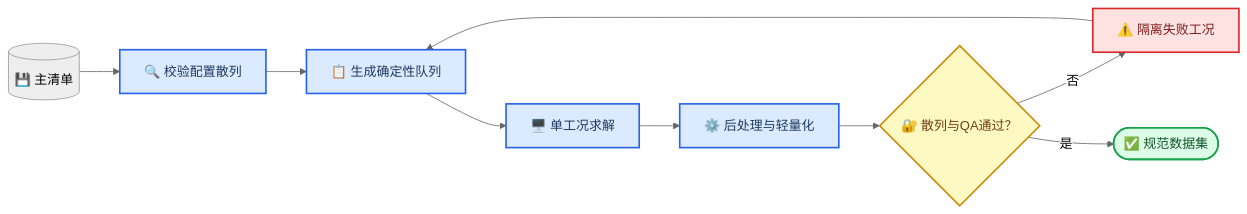
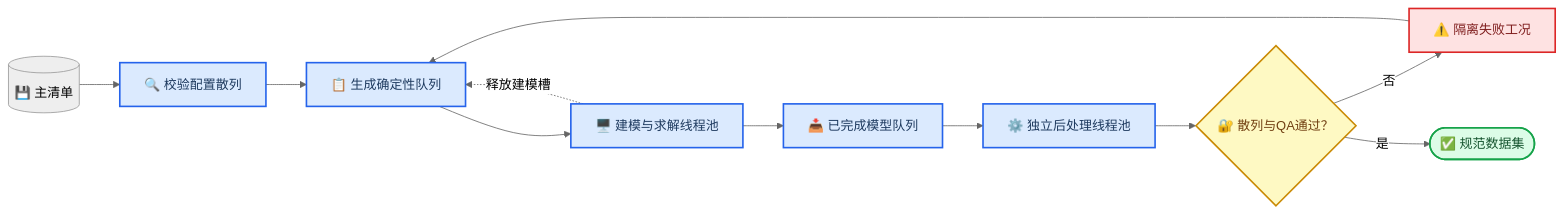
The third of 3 diagrams in docs/计划文档/第四章参数分析与第六章机器学习工况指导计划.md (joyjoyfresh/AbqScripts), drawn with Mermaid (neutral theme) before and after one commit. The commit also changed other lines of this file and 8 other files, not shown here.

````diff
--- a/docs/计划文档/第四章参数分析与第六章机器学习工况指导计划.md
+++ b/docs/计划文档/第四章参数分析与第六章机器学习工况指导计划.md
@@ -756,24 +757,26 @@
 ```mermaid
 flowchart LR
     accTitle: Single Machine Simulation Workflow
     accDescr: One immutable manifest feeds a deterministic single-machine queue; each case is processed and admitted to the canonical dataset only after hash and quality checks.
 
     master_manifest[(💾 主清单)] --> validate_manifest[🔍 校验配置散列]
     validate_manifest --> run_queue[📋 生成确定性队列]
-    run_queue --> solve_case[🖥️ 单工况求解]
-    solve_case --> process_case[⚙️ 后处理与轻量化]
+    run_queue --> solve_case[🖥️ 建模与求解线程池]
+    solve_case --> solved_queue[📥 已完成模型队列]
+    solve_case -.释放建模槽.-> run_queue
+    solved_queue --> process_case[⚙️ 独立后处理线程池]
     process_case --> merge_gate{🔐 散列与QA通过？}
     merge_gate -->|否| quarantine[⚠️ 隔离失败工况]
     quarantine --> run_queue
     merge_gate -->|是| canonical_store([✅ 规范数据集])
 
     classDef process fill:#dbeafe,stroke:#2563eb,stroke-width:2px,color:#1e3a5f
     classDef decision fill:#fef9c3,stroke:#ca8a04,stroke-width:2px,color:#713f12
     classDef success fill:#dcfce7,stroke:#16a34a,stroke-width:2px,color:#14532d
     classDef warning fill:#fee2e2,stroke:#dc2626,stroke-width:2px,color:#7f1d1d
 
-    class validate_manifest,run_queue,solve_case,process_case process
+    class validate_manifest,run_queue,solve_case,solved_queue,process_case process
     class merge_gate decision
     class canonical_store success
     class quarantine warning
 ```
````
